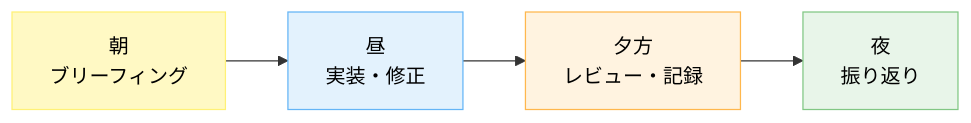
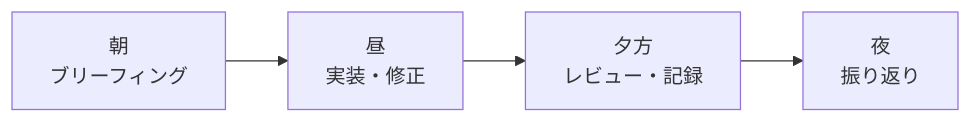
Before and after one commit to dinekt/dinekt-wiki: the first of 5 diagrams in docs/techniques/エージェントと協業する-1-日のワークフロー.md, drawn with Mermaid. The commit also changed other lines of this file and 70 other files, not shown here.

First line of the commit message:
fix(mermaid): strip all inline styling, rely on theme

````diff
--- a/docs/techniques/エージェントと協業する-1-日のワークフロー.md
+++ b/docs/techniques/エージェントと協業する-1-日のワークフロー.md
@@ -23,11 +23,7 @@
 ```mermaid
 flowchart LR
     M[朝<br/>ブリーフィング] --> D[昼<br/>実装・修正]
     D --> AF[夕方<br/>レビュー・記録]
     AF --> E[夜<br/>振り返り]
 
-    style M fill:#fff9c4,stroke:#fff176,color:#000
-    style D fill:#e3f2fd,stroke:#64b5f6,color:#000
-    style AF fill:#fff3e0,stroke:#ffb74d,color:#000
-    style E fill:#e8f5e9,stroke:#81c784,color:#000
 ```
````
